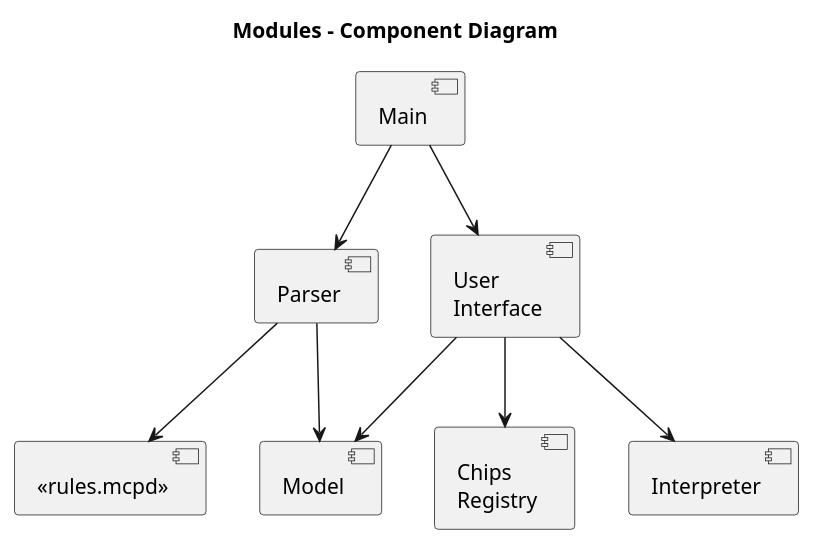
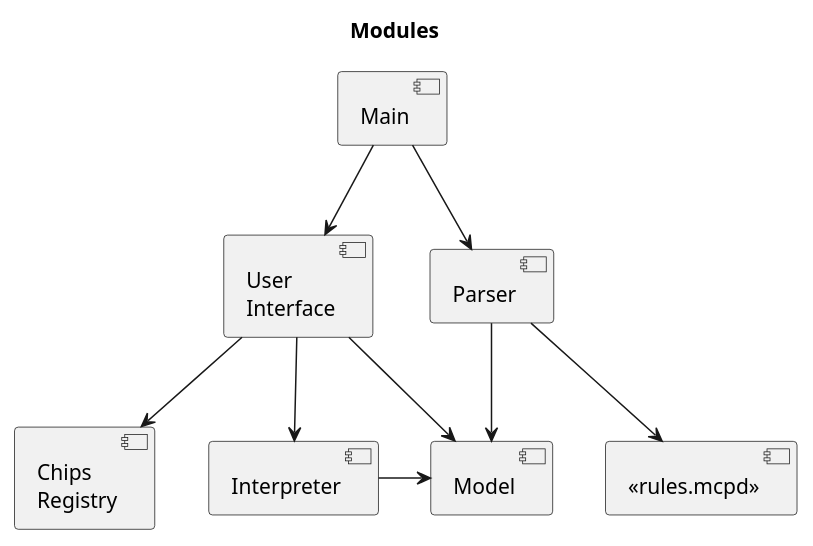
Before and after one commit to TristanoSuriani/mcpd-racket: the diagram in docs/reference-component-diagram.puml, drawn with PlantUML.

Commit message:
fixed component diagram

```diff
--- a/docs/reference-component-diagram.puml
+++ b/docs/reference-component-diagram.puml
@@ -1,21 +1,22 @@
 @startuml
 
-title Modules - Component Diagram
+title Modules
 
 [Main] as main
 [Parser] as parser
 [Model] as model
 [Chips\nRegistry] as registry
 [<<rules.mcpd>>] as rules
 [User\nInterface] as ui
 [Interpreter] as interpreter
 
 main --> ui
 main --> parser
 ui --> model
 ui --> registry
 ui --> interpreter
+interpreter -> model
 parser --> model
 parser --> rules
 
 @enduml
```
